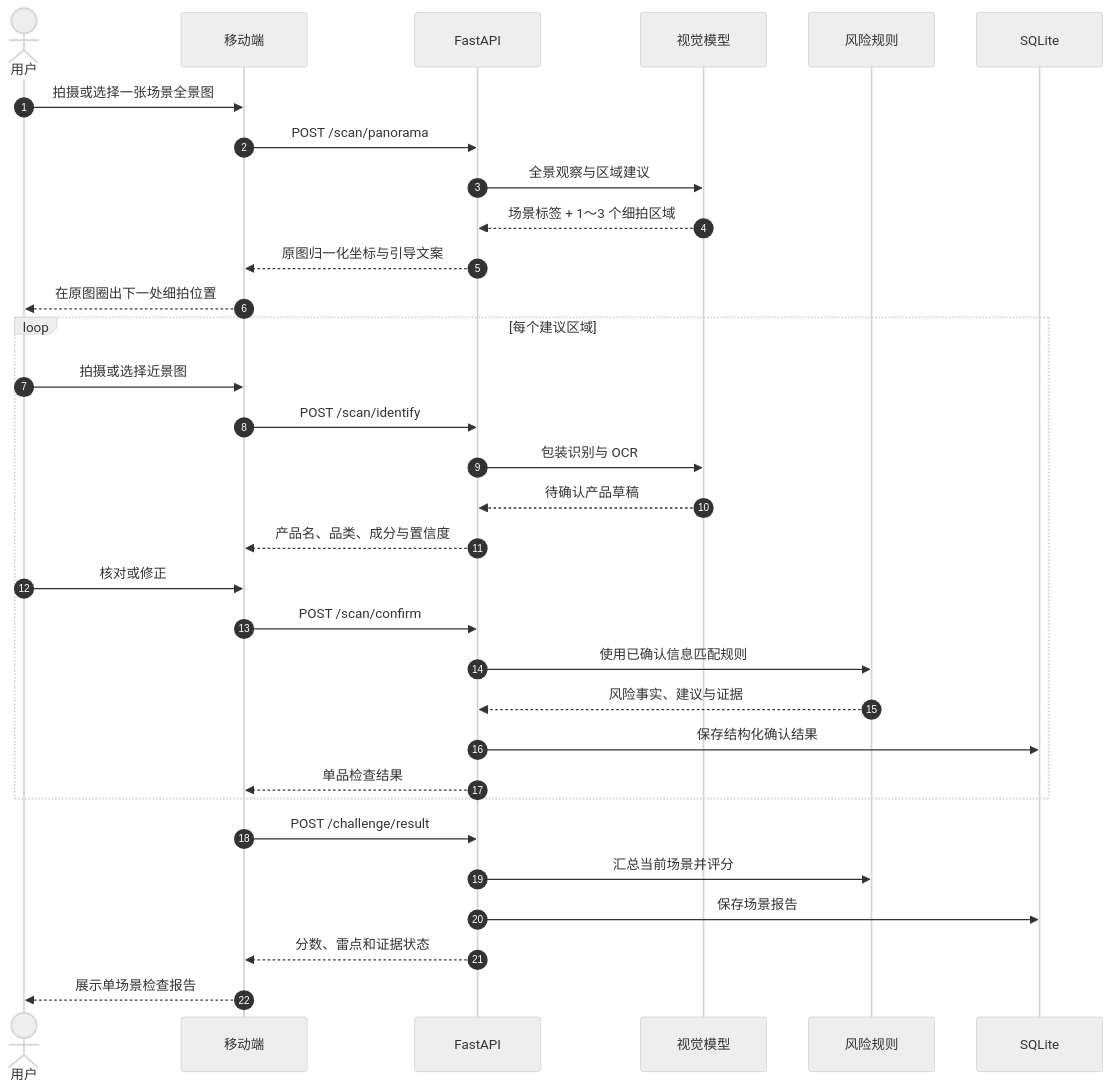
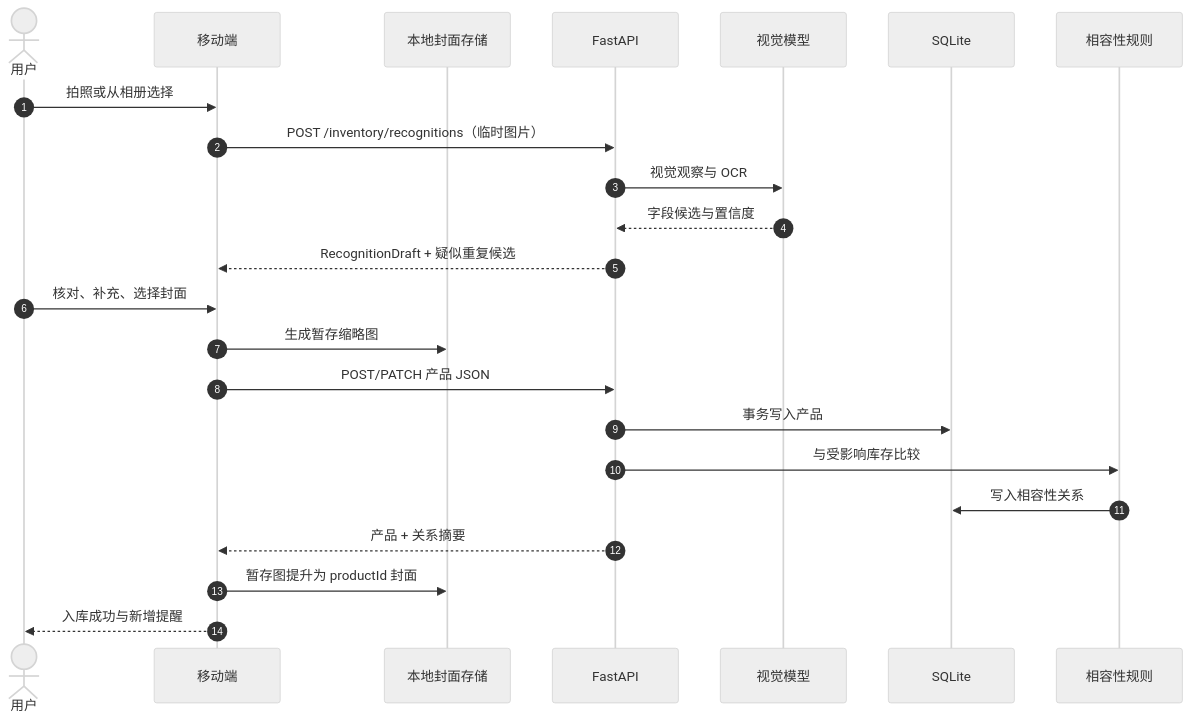
The second of 5 diagrams in docs/architecture/README.md (gsj1225/household-chemical-safety), drawn with Mermaid (neutral theme) before and after one commit. The commit also changed other lines of this file and 86 other files, not shown here.

````diff
--- a/docs/architecture/README.md
+++ b/docs/architecture/README.md
@@ -42,37 +39,26 @@
 ```mermaid
 sequenceDiagram
     autonumber
     actor U as 用户
     participant M as 移动端
+    participant P as 本地封面存储
     participant A as FastAPI
     participant V as 视觉模型
-    participant R as 风险规则
     participant D as SQLite
+    participant R as 相容性规则
 
-    U->>M: 拍摄或选择一张场景全景图
-    M->>A: POST /scan/panorama
-    A->>V: 全景观察与区域建议
-    V-->>A: 场景标签 + 1～3 个细拍区域
-    A-->>M: 原图归一化坐标与引导文案
-    M-->>U: 在原图圈出下一处细拍位置
-
-    loop 每个建议区域
-        U->>M: 拍摄或选择近景图
-        M->>A: POST /scan/identify
-        A->>V: 包装识别与 OCR
-        V-->>A: 待确认产品草稿
-        A-->>M: 产品名、品类、成分与置信度
-        U->>M: 核对或修正
-        M->>A: POST /scan/confirm
-        A->>R: 使用已确认信息匹配规则
-        R-->>A: 风险事实、建议与证据
-        A->>D: 保存结构化确认结果
-        A-->>M: 单品检查结果
-    end
-
-    M->>A: POST /challenge/result
-    A->>R: 汇总当前场景并评分
-    A->>D: 保存场景报告
-    A-->>M: 分数、雷点和证据状态
-    M-->>U: 展示单场景检查报告
+    U->>M: 拍照或从相册选择
+    M->>A: POST /inventory/recognitions（临时图片）
+    A->>V: 视觉观察与 OCR
+    V-->>A: 字段候选与置信度
+    A-->>M: RecognitionDraft + 疑似重复候选
+    U->>M: 核对、补充、选择封面
+    M->>P: 生成暂存缩略图
+    M->>A: POST/PATCH 产品 JSON
+    A->>D: 事务写入产品
+    A->>R: 与受影响库存比较
+    R->>D: 写入相容性关系
+    A-->>M: 产品 + 关系摘要
+    M->>P: 暂存图提升为 productId 封面
+    M-->>U: 入库成功与新增提醒
 ```
````
